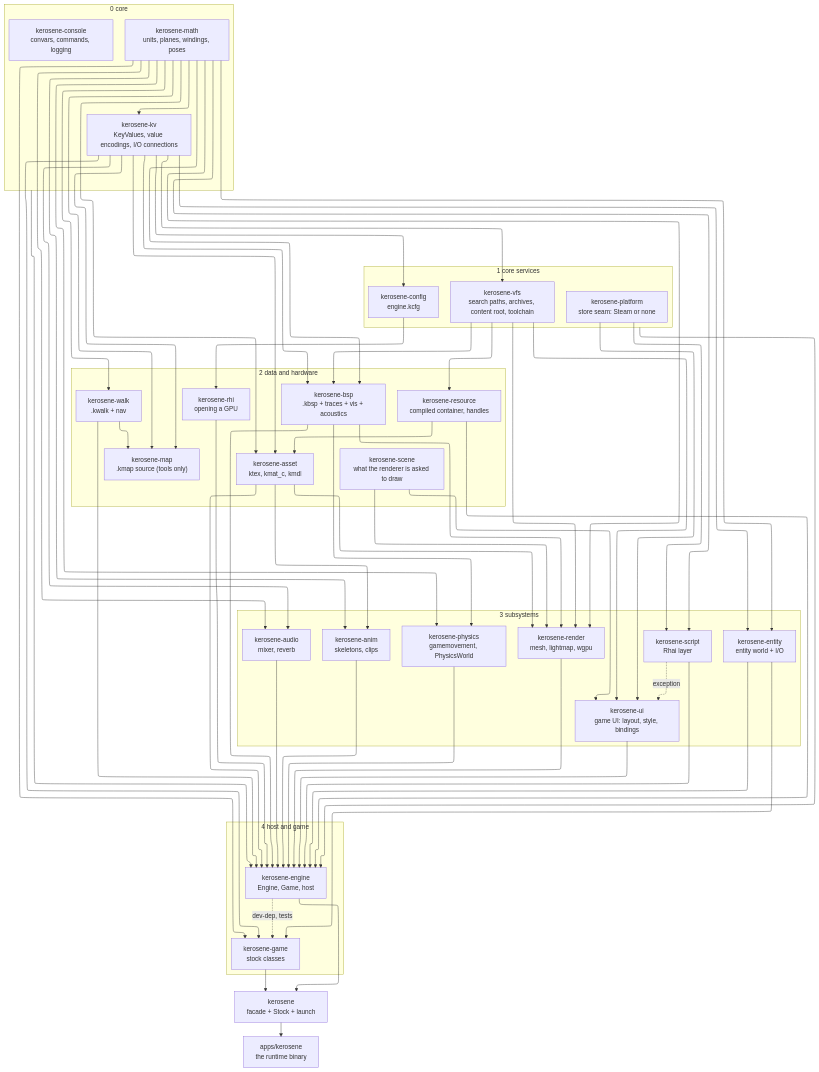
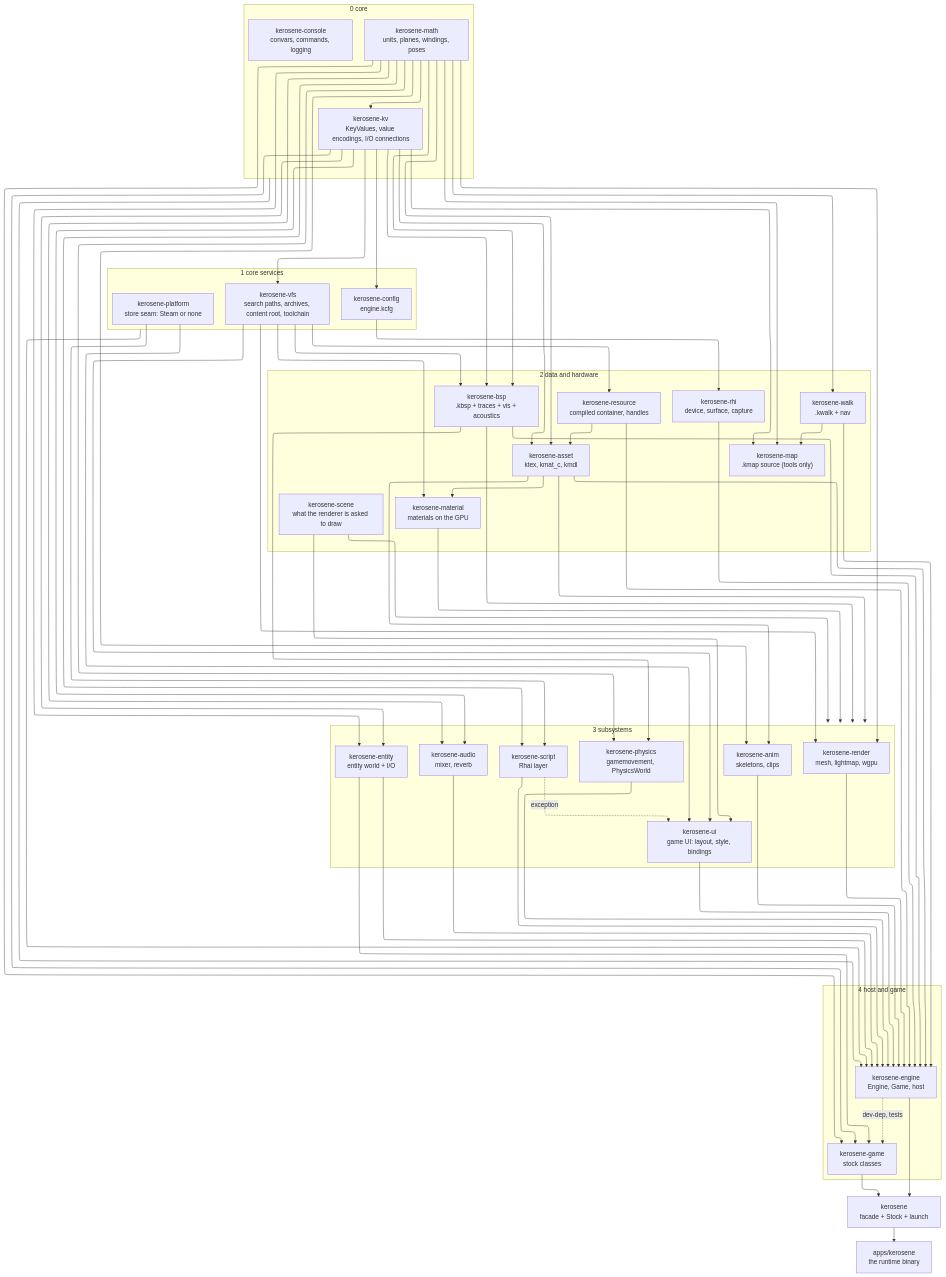
The first of 3 diagrams in src/devnotes/crate-map.md (T342guy/Kerosene), drawn with Mermaid before and after one commit. The commit also changed other lines of this file and 48 other files, not shown here.

```diff
--- a/src/devnotes/crate-map.md
+++ b/src/devnotes/crate-map.md
@@ -50,7 +50,8 @@
         walk["kerosene-walk<br/>.kwalk + nav"]
         map["kerosene-map<br/>.kmap source (tools only)"]
         scene["kerosene-scene<br/>what the renderer is asked to draw"]
-        rhi["kerosene-rhi<br/>opening a GPU"]
+        rhi["kerosene-rhi<br/>device, surface, capture"]
+        material["kerosene-material<br/>materials on the GPU"]
     end
     subgraph L3["3 subsystems"]
         render["kerosene-render<br/>mesh, lightmap, wgpu"]
@@ -83,6 +84,9 @@
     kv --> map
     walk --> map
     config --> rhi
+    asset --> material
+    vfs --> material
+    material --> render
     math --> anim
     asset --> anim
     math --> audio
```
